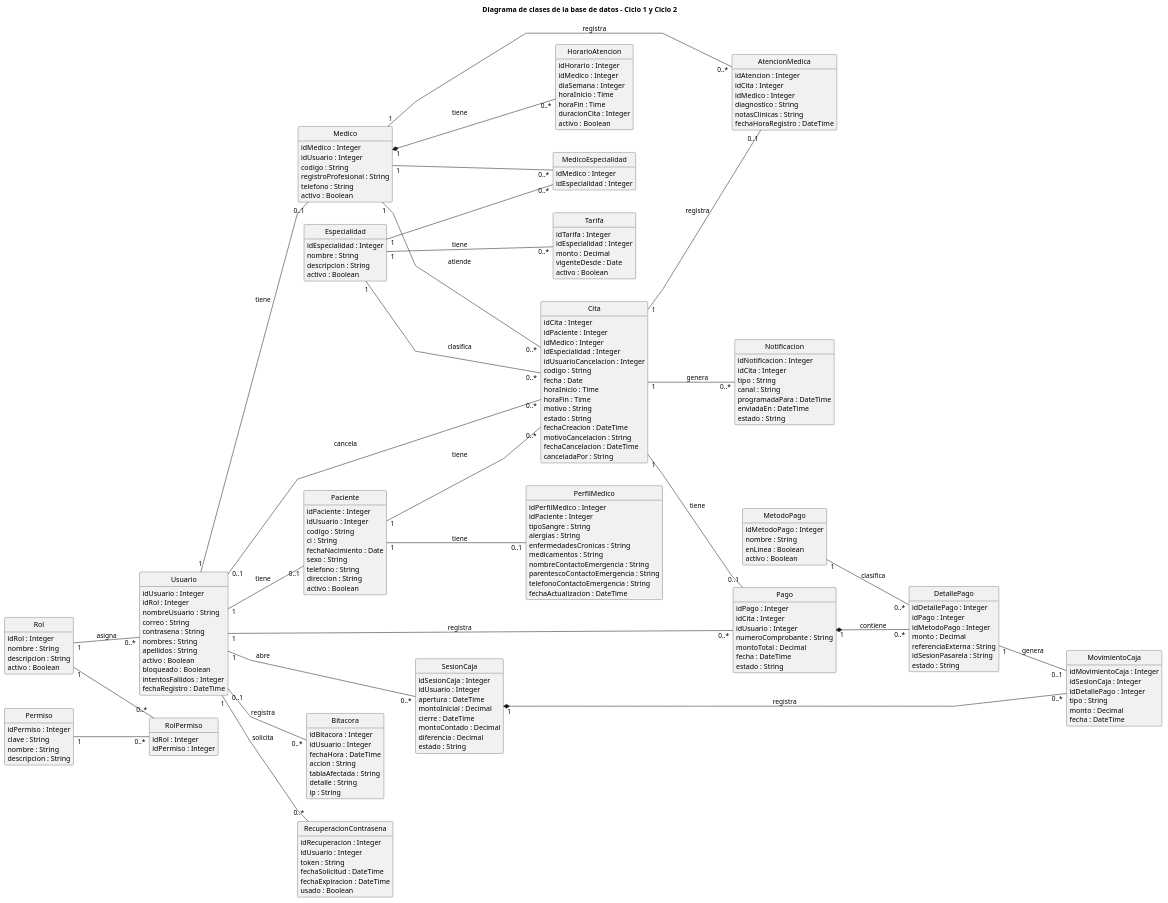
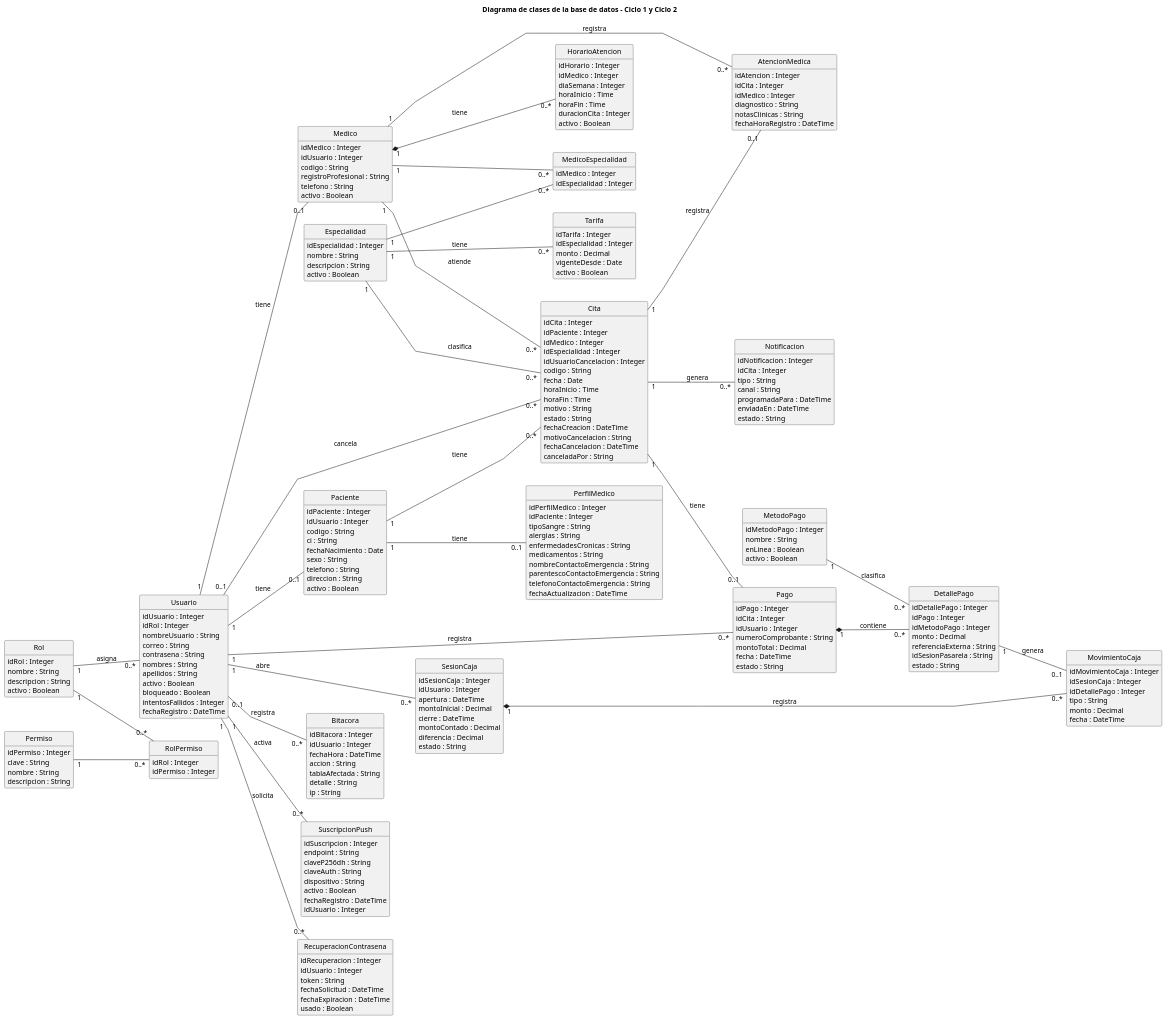
Before and after one commit to jherargm412-dev/clinica-vida-salud: the diagram in docs/base_de_datos/clases_bd_completo.puml, drawn with PlantUML. The commit also changed 37 other files, not shown here.

```diff
--- a/docs/base_de_datos/clases_bd_completo.puml
+++ b/docs/base_de_datos/clases_bd_completo.puml
@@ -86,6 +86,16 @@
   ip : String
 }
 
+class SuscripcionPush {
+  idSuscripcion : Integer
+  endpoint : String
+  claveP256dh : String
+  claveAuth : String
+  dispositivo : String
+  activo : Boolean
+  fechaRegistro : DateTime
+  idUsuario : Integer
+}
 class RecuperacionContrasena {
   idRecuperacion : Integer
   idUsuario : Integer
@@ -216,6 +226,7 @@
 Usuario "1" -- "0..1" Medico : tiene
 Usuario "1" -- "0..1" Paciente : tiene
 Usuario "0..1" -- "0..*" Bitacora : registra
+Usuario "1" -- "0..*" SuscripcionPush : activa
 Usuario "1" -- "0..*" RecuperacionContrasena : solicita
 Usuario "0..1" -- "0..*" Cita : cancela
 Usuario "1" -- "0..*" Pago : registra
```
